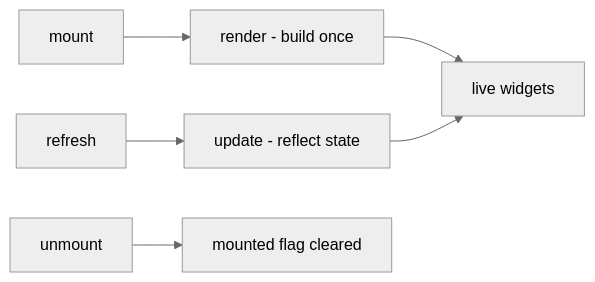
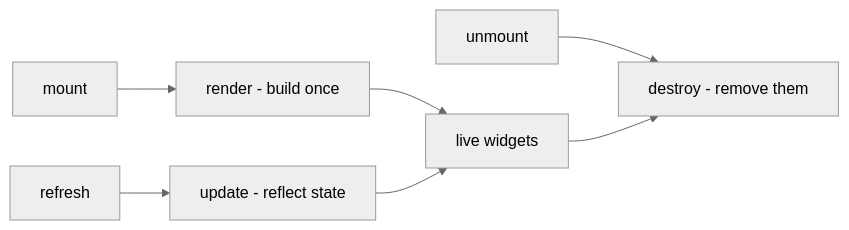
The first of 5 diagrams in docs/content/docs/api/ui.ja.mdx (dr-mikan/PalForge), drawn with Mermaid (neutral theme) before and after one commit. The commit also changed other lines of this file and 84 other files, not shown here.

````diff
--- a/docs/content/docs/api/ui.ja.mdx
+++ b/docs/content/docs/api/ui.ja.mdx
@@ -96,8 +117,9 @@
 ```mermaid
 flowchart LR
   M["mount"] --> R["render - build once"]
   R --> W["live widgets"]
   F["refresh"] --> U["update - reflect state"]
   U --> W
-  X["unmount"] --> S["mounted flag cleared"]
+  X["unmount"] --> D["destroy - remove them"]
+  W --> D
 ```
````
